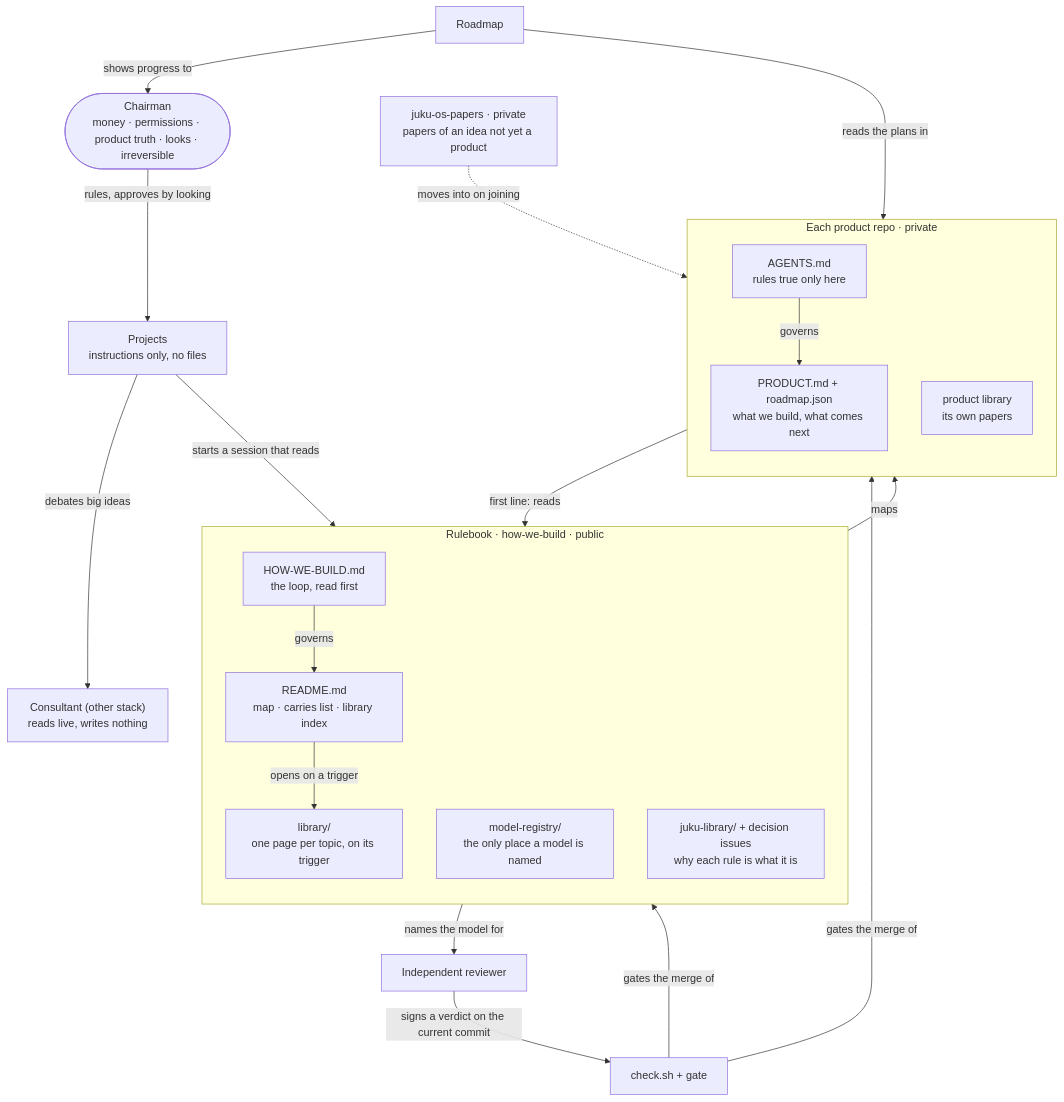
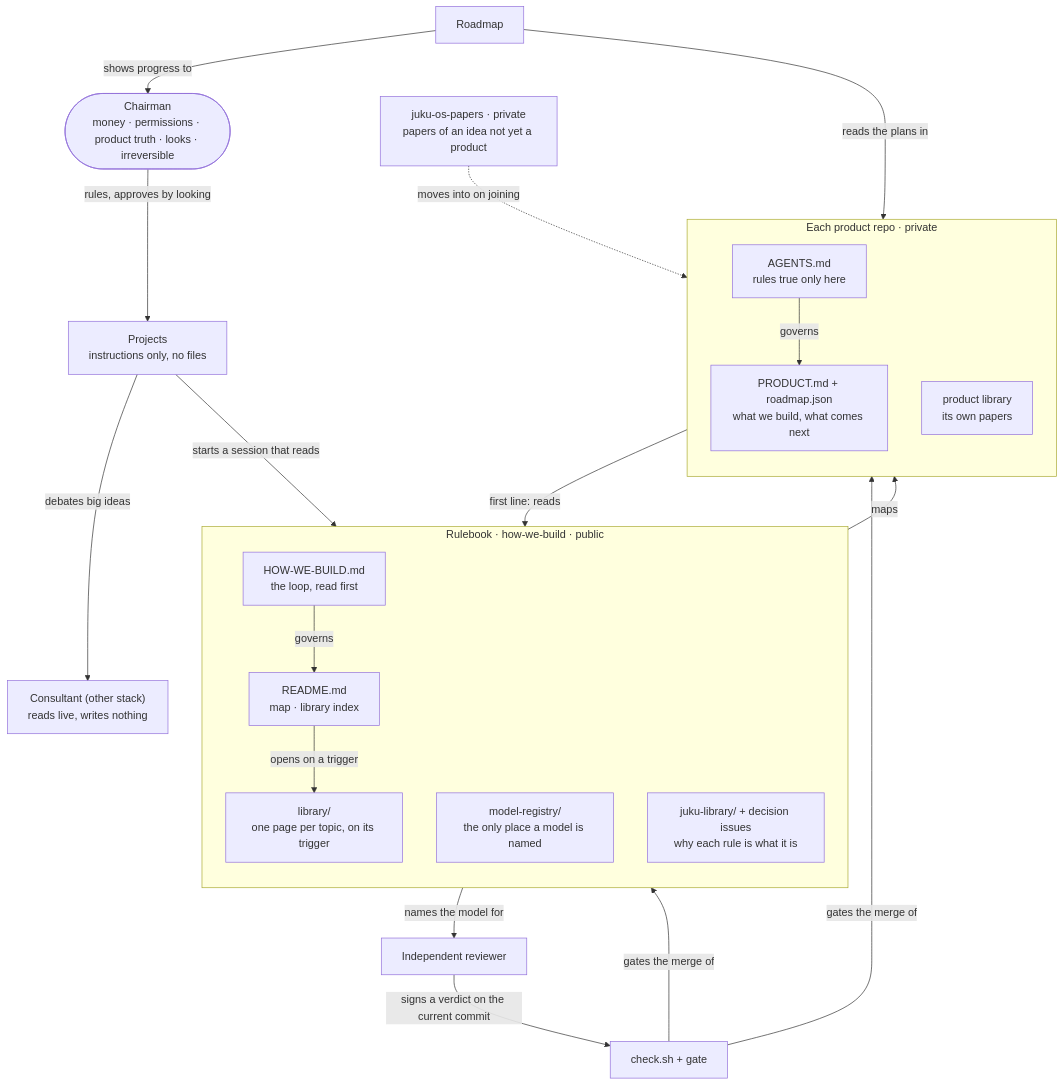
One commit to Adonis80/how-we-build changed the diagram in library/system-map.md. Above: the diagram before and after it, drawn with Mermaid. The commit also changed 14 other files, not shown here.

First line of the commit message:
What every product carries on one page; the README a map; the exam; budgets lowered (P2, #256 split, 3 of 3)

````diff
--- a/library/system-map.md
+++ b/library/system-map.md
@@ -7,39 +7,39 @@
 ```mermaid
 flowchart TB
   CH(["Chairman<br/>money · permissions · product truth · looks · irreversible"])
   PJ["Projects<br/>instructions only, no files"]
   CO["Consultant (other stack)<br/>reads live, writes nothing"]
   subgraph RB["Rulebook · how-we-build · public"]
     direction TB
     HWB["HOW-WE-BUILD.md<br/>the loop, read first"]
-    RD["README.md<br/>map · carries list · library index"]
+    RD["README.md<br/>map · library index"]
     LIB["library/<br/>one page per topic, on its trigger"]
     REG["model-registry/<br/>the only place a model is named"]
     JL["juku-library/ + decision issues<br/>why each rule is what it is"]
   end
   subgraph PR["Each product repo · private"]
     direction TB
     AG["AGENTS.md<br/>rules true only here"]
     PD["PRODUCT.md + roadmap.json<br/>what we build, what comes next"]
     PL["product library<br/>its own papers"]
   end
   PP["juku-os-papers · private<br/>papers of an idea not yet a product"]
   RV["Independent reviewer"]
   GT["check.sh + gate"]
   BD["Roadmap"]
   CH -- "rules, approves by looking" --> PJ
   PJ -- "debates big ideas" --> CO
   PJ -- "starts a session that reads" --> HWB
   HWB -- "governs" --> RD
   RD -- "opens on a trigger" --> LIB
   RD -- "maps" --> AG
   AG -- "first line: reads" --> HWB
   AG -- "governs" --> PD
   REG -- "names the model for" --> RV
   RV -- "signs a verdict on the current commit" --> GT
   GT -- "gates the merge of" --> PD
   GT -- "gates the merge of" --> RB
   BD -- "reads the plans in" --> PD
   BD -- "shows progress to" --> CH
   PP -. "moves into on joining" .-> PL
 ```
````
